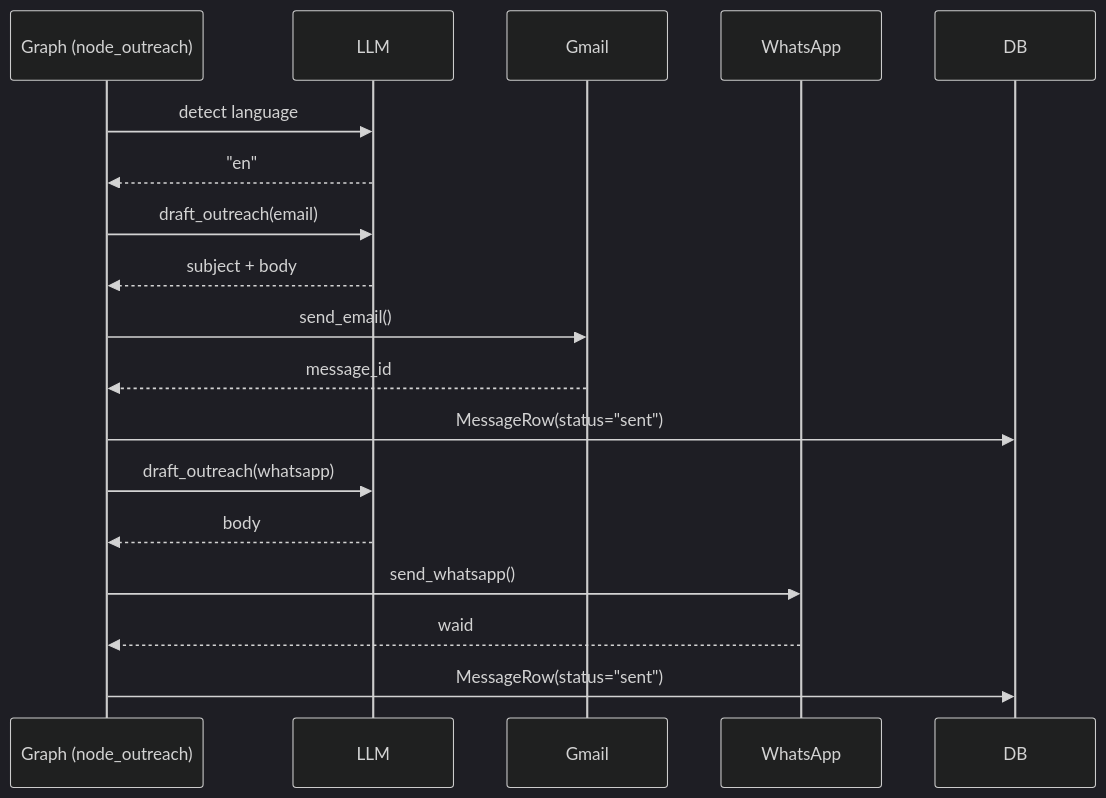
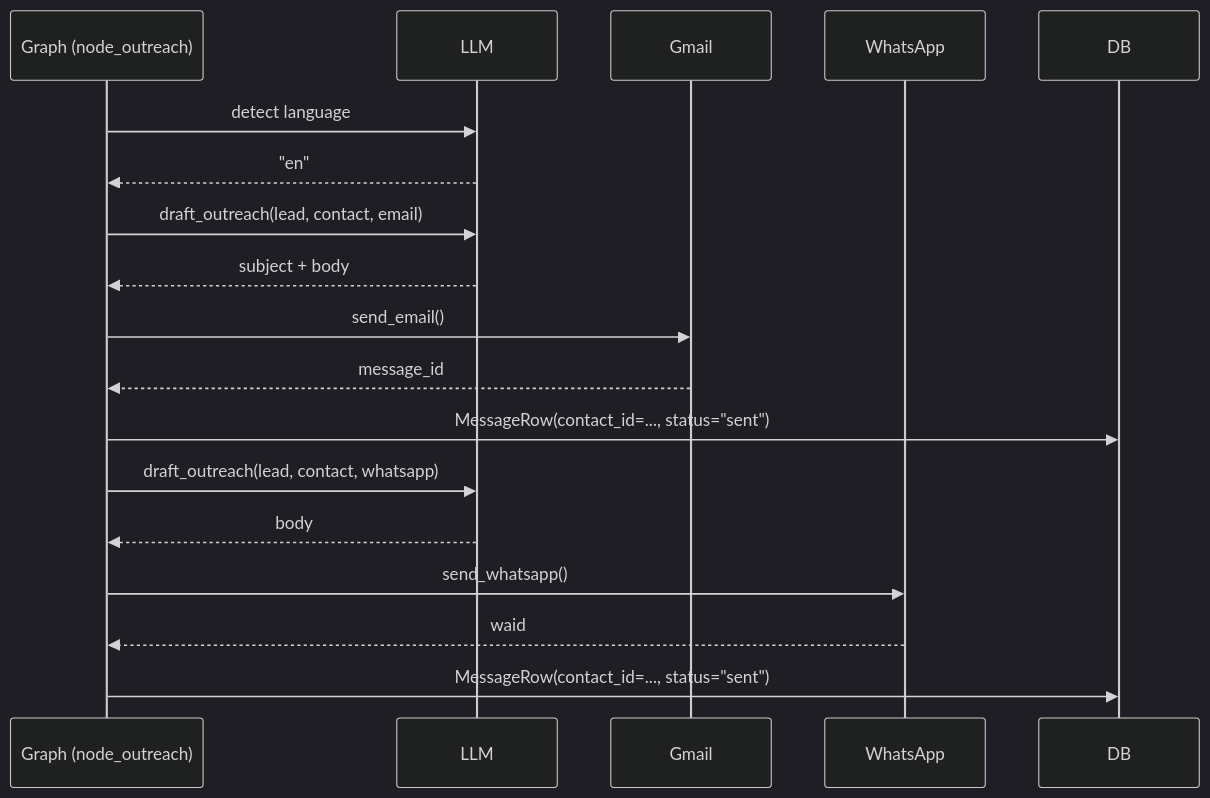
The diagram in spec/product/04-capabilities/04-outreach.md (smallTechOrg/sales-agent), drawn with Mermaid (dark theme) before and after one commit. The commit also changed other lines of this file and 49 other files, not shown here.

````diff
--- a/spec/product/04-capabilities/04-outreach.md
+++ b/spec/product/04-capabilities/04-outreach.md
@@ -25,21 +26,21 @@
 ```mermaid
 sequenceDiagram
     participant G as Graph (node_outreach)
     participant LLM
     participant Gmail
     participant WA as WhatsApp
     participant DB
 
     G->>LLM: detect language
     LLM-->>G: "en"
-    G->>LLM: draft_outreach(email)
+    G->>LLM: draft_outreach(lead, contact, email)
     LLM-->>G: subject + body
     G->>Gmail: send_email()
     Gmail-->>G: message_id
-    G->>DB: MessageRow(status="sent")
-    G->>LLM: draft_outreach(whatsapp)
+    G->>DB: MessageRow(contact_id=..., status="sent")
+    G->>LLM: draft_outreach(lead, contact, whatsapp)
     LLM-->>G: body
     G->>WA: send_whatsapp()
     WA-->>G: waid
-    G->>DB: MessageRow(status="sent")
+    G->>DB: MessageRow(contact_id=..., status="sent")
 ```
````
